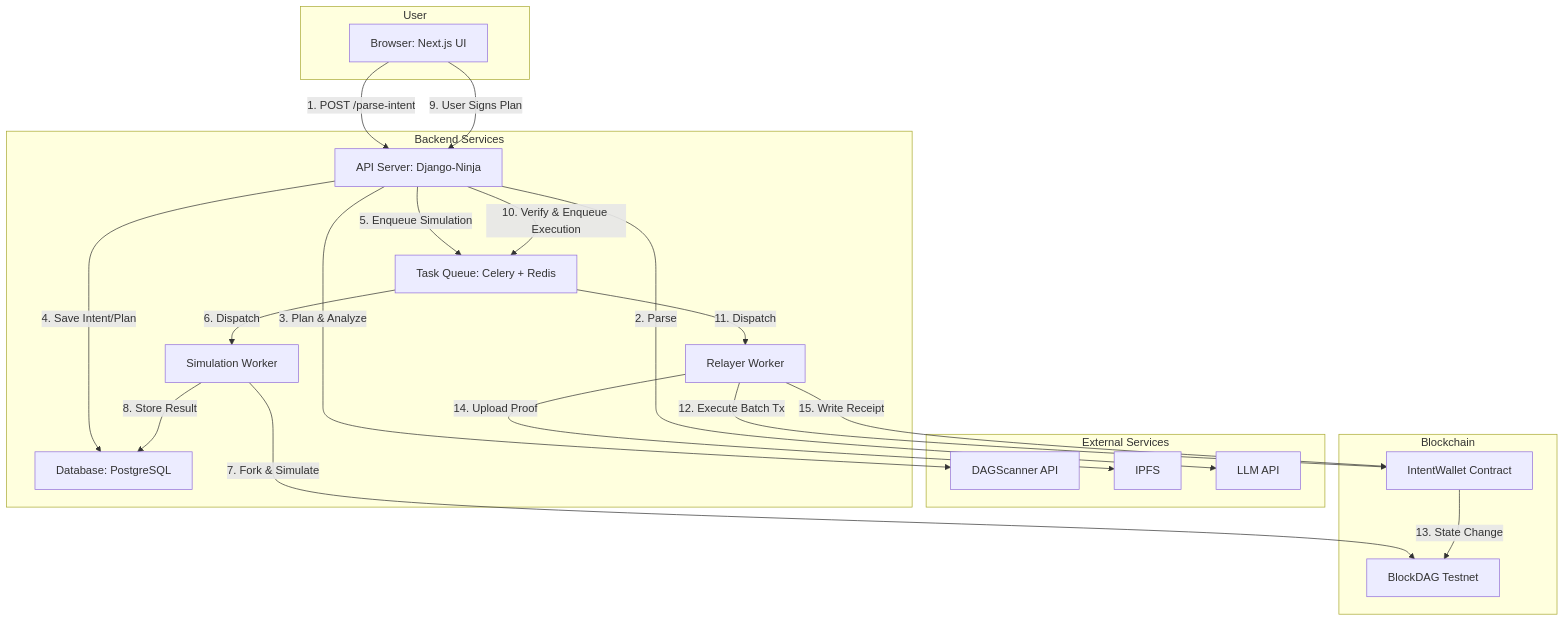
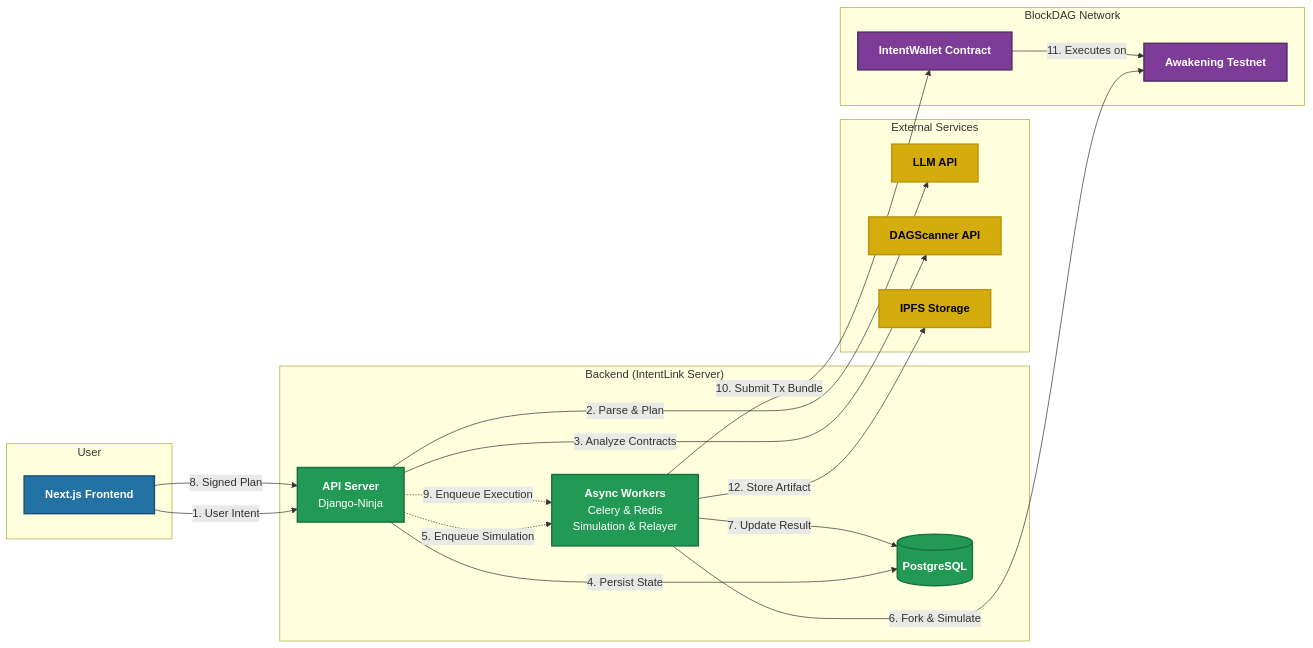
The diagram in README.md (SheriffMudasir/IntentLink), drawn with Mermaid before and after one commit.

Commit message:
Update architecture diagram in README

````diff
--- a/README.md
+++ b/README.md
@@ -63,41 +63,50 @@
 ```mermaid
-graph TD
+graph LR
+    classDef user fill:#2471A3,color:#FFFFFF,stroke:#1B4F72,stroke-width:2px
+    classDef backend fill:#229954,color:#FFFFFF,stroke:#196F3D,stroke-width:2px
+    classDef external fill:#D4AC0D,color:#000000,stroke:#B7950B,stroke-width:2px
+    classDef blockchain fill:#7D3C98,color:#FFFFFF,stroke:#512E5F,stroke-width:2px
+
     subgraph User
-        A[Browser: Next.js UI]
+        UI[<b>Next.js Frontend</b>]
     end
+    class UI user
 
-    subgraph Backend Services
-        B[API Server: Django-Ninja]
-        C[Task Queue: Celery + Redis]
-        D[Simulation Worker]
-        E[Relayer Worker]
-        F[Database: PostgreSQL]
+    subgraph "Backend (IntentLink Server)"
+        API["<b>API Server</b><br/>Django-Ninja"]
+        Async["<b>Async Workers</b><br/>Celery & Redis<br/>Simulation & Relayer"]
+        DB[(<b>PostgreSQL</b>)]
     end
+    class API,Async,DB backend
 
-    subgraph External Services
-        G[DAGScanner API]
-        H[IPFS]
-        I[LLM API]
+    subgraph "External Services"
+        LLM[<b>LLM API</b>]
+        DAGScanner[<b>DAGScanner API</b>]
+        IPFS[<b>IPFS Storage</b>]
     end
+    class LLM,DAGScanner,IPFS external
 
-    subgraph Blockchain
-        J[BlockDAG Testnet]
-        K[IntentWallet Contract]
+    subgraph "BlockDAG Network"
+        Wallet[<b>IntentWallet Contract</b>]
+        Testnet[<b>Awakening Testnet</b>]
     end
+    class Wallet,Testnet blockchain
 
-    A -- "1. POST /parse-intent" --> B
-    B -- "2. Parse" --> I
-    B -- "3. Plan & Analyze" --> G
-    B -- "4. Save Intent/Plan" --> F
-    B -- "5. Enqueue Simulation" --> C
-    C -- "6. Dispatch" --> D
-    D -- "7. Fork & Simulate" --> J
-    D -- "8. Store Result" --> F
-    A -- "9. User Signs Plan" --> B
-    B -- "10. Verify & Enqueue Execution" --> C
-    C -- "11. Dispatch" --> E
-    E -- "12. Execute Batch Tx" --> K
-    K -- "13. State Change" --> J
-    E -- "14. Upload Proof" --> H
-    E -- "15. Write Receipt" --> K
+    %% --- Main Flows ---
+    UI -- "1. User Intent" --> API
+    
+    API -- "2. Parse & Plan" --> LLM
+    API -- "3. Analyze Contracts" --> DAGScanner
+    API -- "4. Persist State" --> DB
+
+    API -. "5. Enqueue Simulation" .-> Async
+    Async -- "6. Fork & Simulate" --> Testnet
+    Async -- "7. Update Result" --> DB
+
+    UI -- "8. Signed Plan" --> API
+    API -. "9. Enqueue Execution" .-> Async
+
+    Async -- "10. Submit Tx Bundle" --> Wallet
+    Wallet -- "11. Executes on" --> Testnet
+    Async -- "12. Store Artifact" --> IPFS
 ```
````
